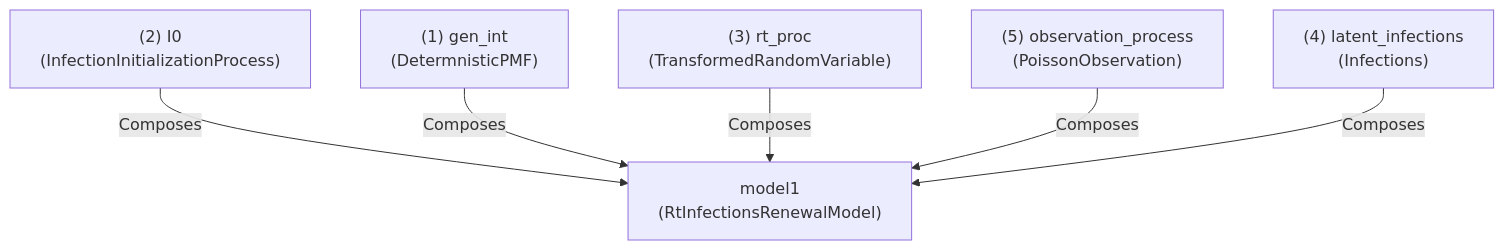
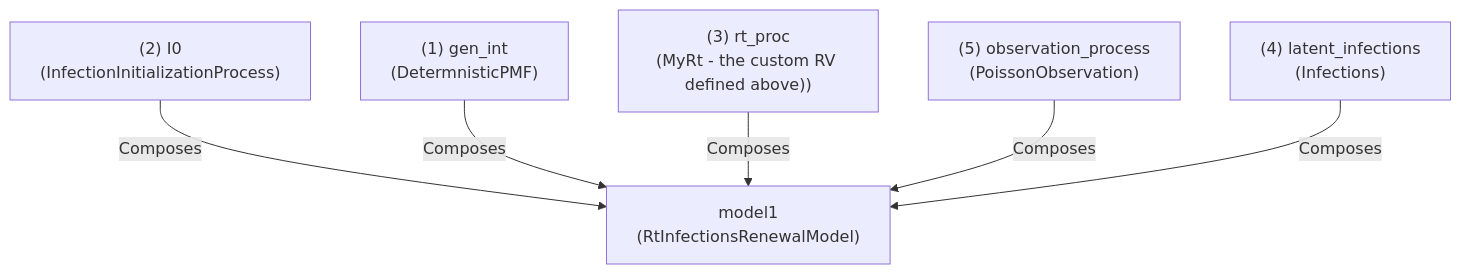
One commit to CDCgov/PyRenew changed the second of 2 diagrams in docs/source/tutorials/basic_renewal_model.qmd. Above: the diagram before and after it, drawn with Mermaid. The commit also changed other lines of this file, not shown here.

Commit message:
Comment on custom RV

````diff
--- a/docs/source/tutorials/basic_renewal_model.qmd
+++ b/docs/source/tutorials/basic_renewal_model.qmd
@@ -183,18 +184,18 @@
 ```mermaid
 %%| label: overview-of-RtInfectionsRenewalModel
 %%| include: true
 flowchart TB
     genint["(1) gen_int\n(DetermnisticPMF)"]
     i0["(2) I0\n(InfectionInitializationProcess)"]
-    rt["(3) rt_proc\n(TransformedRandomVariable)"]
+    rt["(3) rt_proc\n(MyRt - the custom RV defined above))"]
     inf["(4) latent_infections\n(Infections)"]
     obs["(5) observation_process\n(PoissonObservation)"]
 
     model1["model1\n(RtInfectionsRenewalModel)"]
 
     i0-->|Composes|model1
     genint-->|Composes|model1
     rt-->|Composes|model1
     obs-->|Composes|model1
     inf-->|Composes|model1
 ```
````
